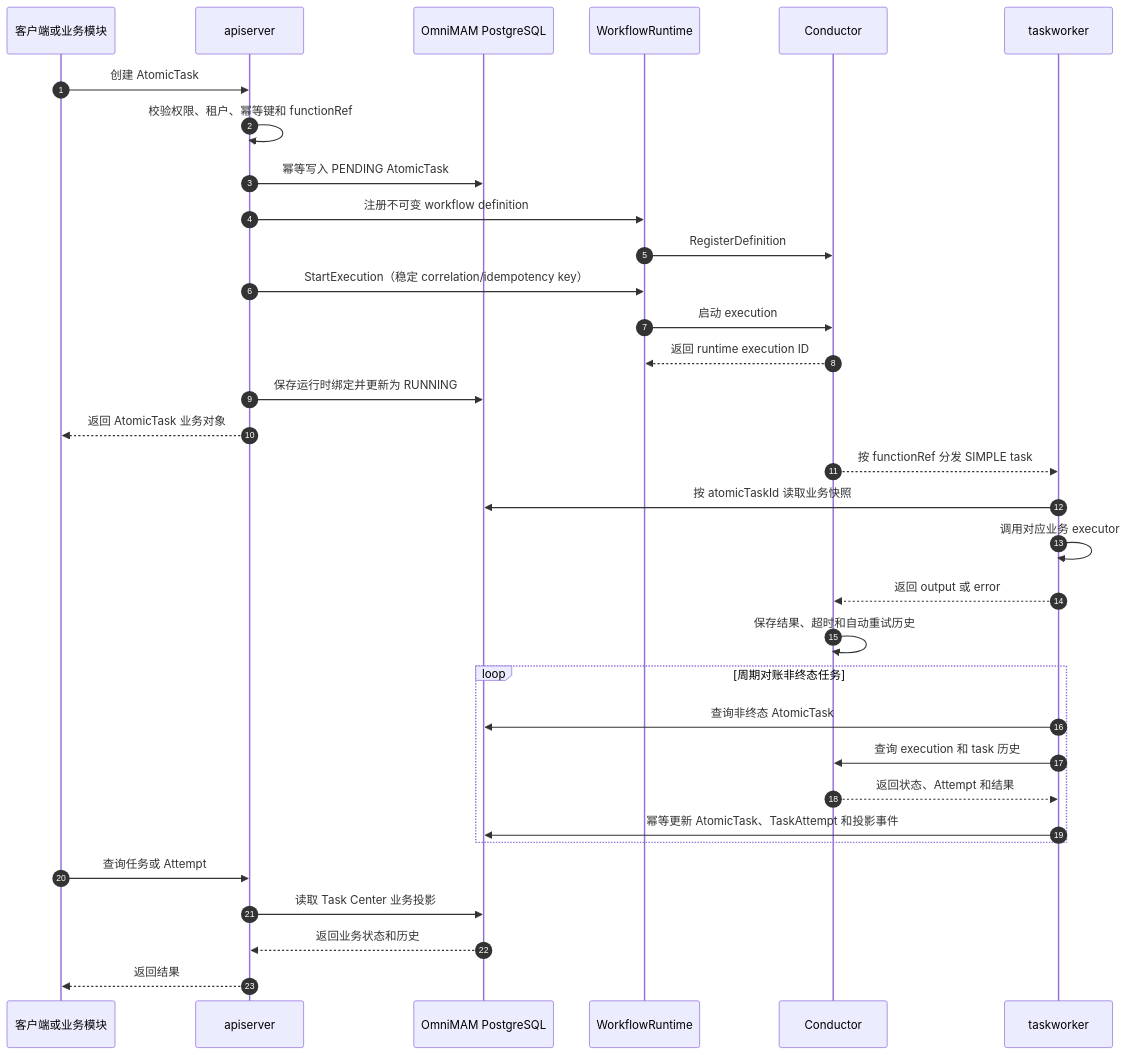
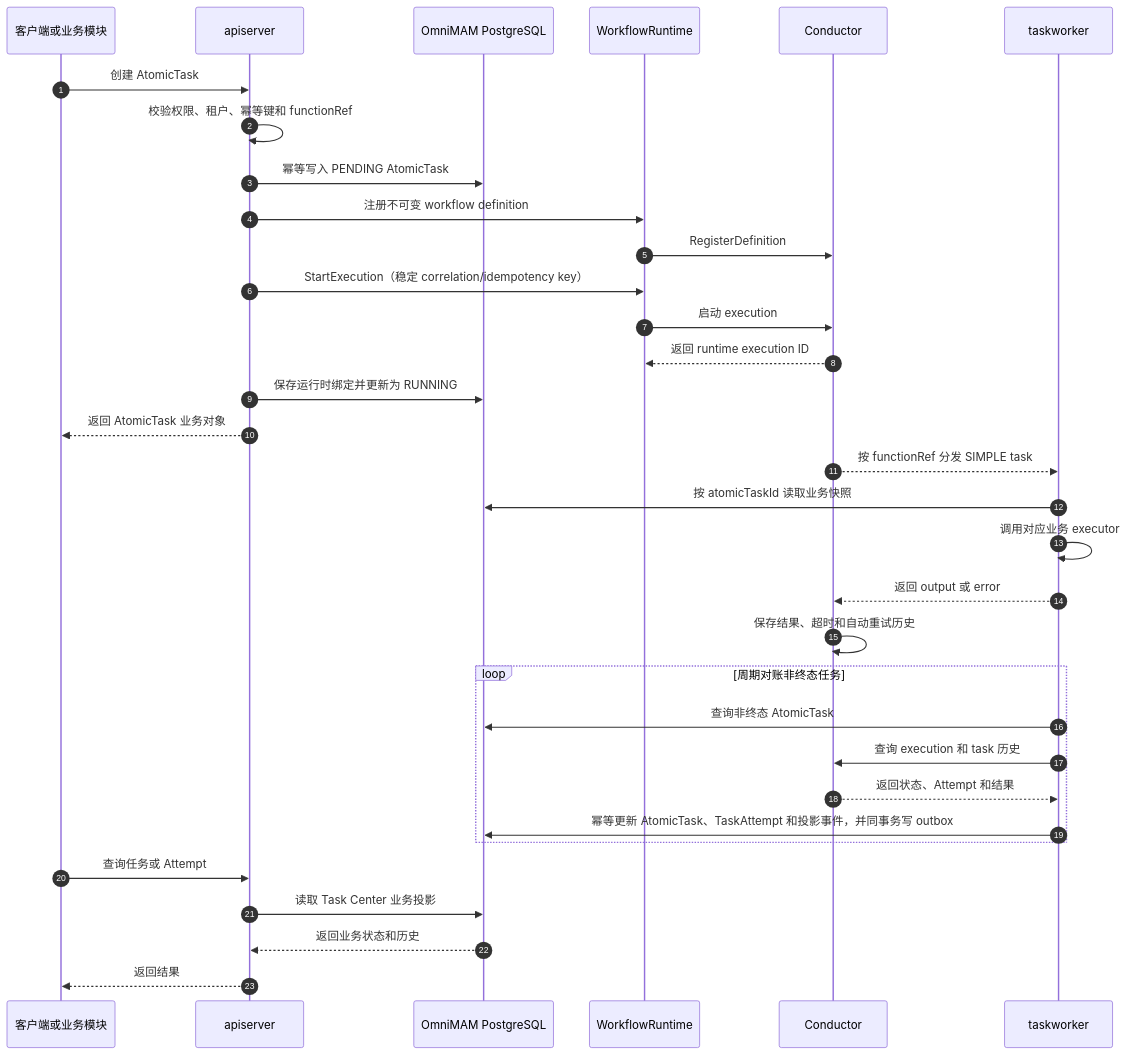
Before and after one commit to wangweihong/omnimam-server: the second of 4 diagrams in docs/guide/zh-CN/architecture/taskworker-apiserver-collaboration.md, drawn with Mermaid. The commit also changed other lines of this file and 28 other files, not shown here.

````diff
--- a/docs/guide/zh-CN/architecture/taskworker-apiserver-collaboration.md
+++ b/docs/guide/zh-CN/architecture/taskworker-apiserver-collaboration.md
@@ -69,39 +73,39 @@
 ```mermaid
 sequenceDiagram
   autonumber
   participant Client as 客户端或业务模块
   participant API as apiserver
   participant DB as OmniMAM PostgreSQL
   participant Runtime as WorkflowRuntime
   participant Conductor as Conductor
   participant Worker as taskworker
 
   Client->>API: 创建 AtomicTask
   API->>API: 校验权限、租户、幂等键和 functionRef
   API->>DB: 幂等写入 PENDING AtomicTask
   API->>Runtime: 注册不可变 workflow definition
   Runtime->>Conductor: RegisterDefinition
   API->>Runtime: StartExecution（稳定 correlation/idempotency key）
   Runtime->>Conductor: 启动 execution
   Conductor-->>Runtime: 返回 runtime execution ID
   API->>DB: 保存运行时绑定并更新为 RUNNING
   API-->>Client: 返回 AtomicTask 业务对象
 
   Conductor-->>Worker: 按 functionRef 分发 SIMPLE task
   Worker->>DB: 按 atomicTaskId 读取业务快照
   Worker->>Worker: 调用对应业务 executor
   Worker-->>Conductor: 返回 output 或 error
   Conductor->>Conductor: 保存结果、超时和自动重试历史
 
   loop 周期对账非终态任务
     Worker->>DB: 查询非终态 AtomicTask
     Worker->>Conductor: 查询 execution 和 task 历史
     Conductor-->>Worker: 返回状态、Attempt 和结果
-    Worker->>DB: 幂等更新 AtomicTask、TaskAttempt 和投影事件
+    Worker->>DB: 幂等更新 AtomicTask、TaskAttempt 和投影事件，并同事务写 outbox
   end
 
   Client->>API: 查询任务或 Attempt
   API->>DB: 读取 Task Center 业务投影
   DB-->>API: 返回业务状态和历史
   API-->>Client: 返回结果
 ```
````
